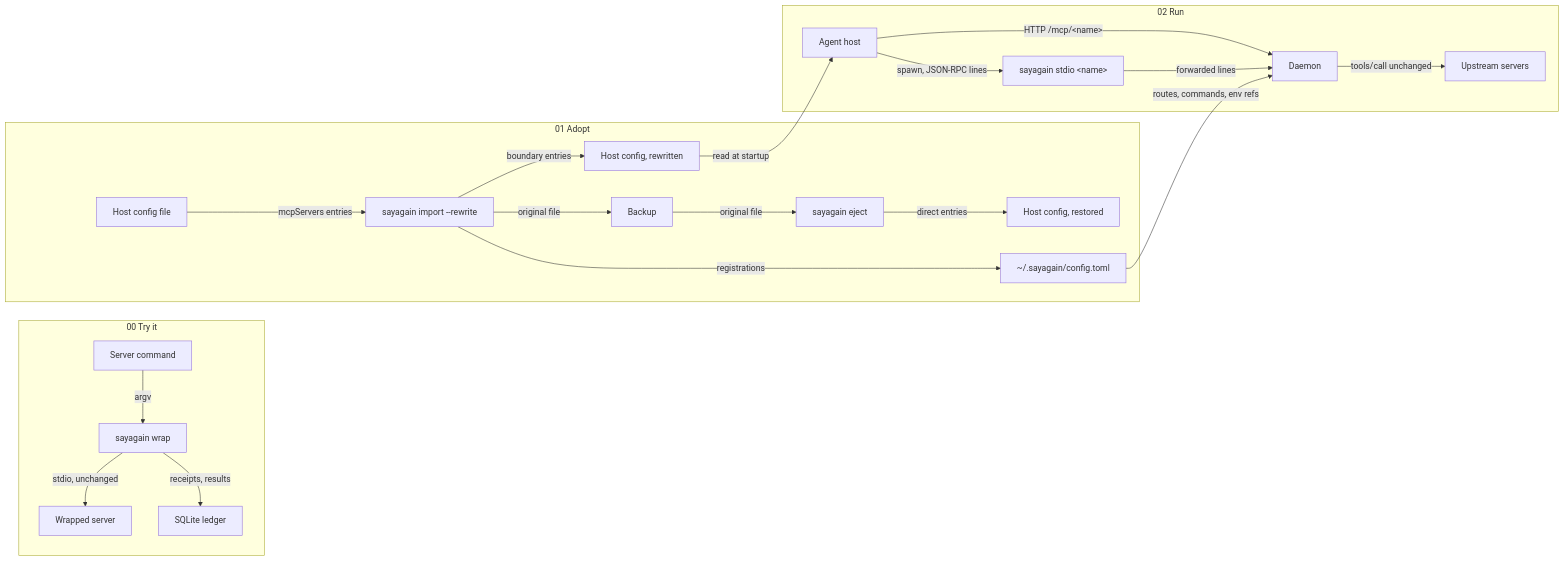
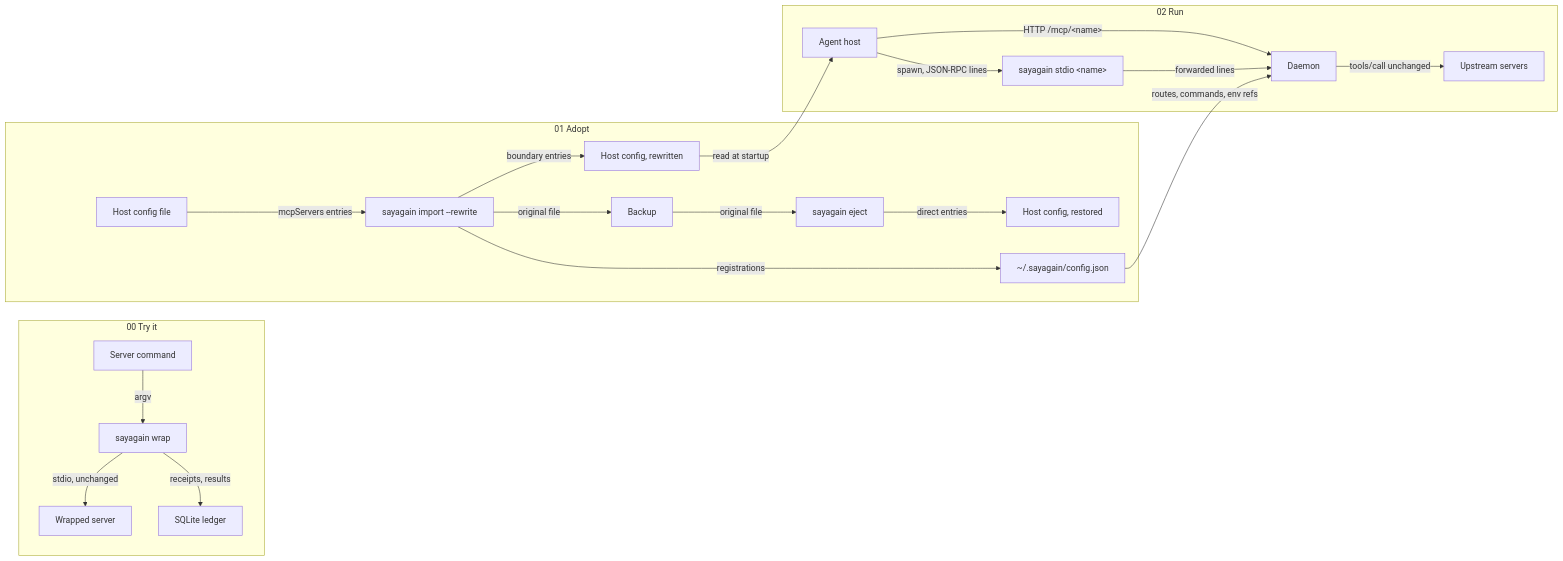
The second of 4 diagrams in docs/diagrams/README.md (happyren/sayagain), drawn with Mermaid before and after one commit. The commit also changed 21 other files, not shown here.

````diff
--- a/docs/diagrams/README.md
+++ b/docs/diagrams/README.md
@@ -105,40 +105,40 @@
 ```mermaid
 flowchart LR
   %% genre (declared): Data flow
   subgraph try["00 Try it"]
     wrapped["Wrapped server"]
     cmd["Server command"]
     sqlite["SQLite ledger"]
     wrap["sayagain wrap"]
   end
   subgraph adopt["01 Adopt"]
     backup["Backup"]
     restored["Host config, restored"]
-    registry["~/.sayagain/config.toml"]
+    registry["~/.sayagain/config.json"]
     hostcfg["Host config file"]
     rewritten["Host config, rewritten"]
     eject["sayagain eject"]
     import["sayagain import --rewrite"]
   end
   subgraph run["02 Run"]
     host["Agent host"]
     upstreams["Upstream servers"]
     shim["sayagain stdio &lt;name&gt;"]
     daemon["Daemon"]
   end
   cmd -->|"argv"| wrap
   wrap -->|"stdio, unchanged"| wrapped
   wrap -->|"receipts, results"| sqlite
   hostcfg -->|"mcpServers entries"| import
   import -->|"original file"| backup
   import -->|"registrations"| registry
   import -->|"boundary entries"| rewritten
   backup -->|"original file"| eject
   eject -->|"direct entries"| restored
   rewritten -->|"read at startup"| host
   host -->|"spawn, JSON-RPC lines"| shim
   host -->|"HTTP /mcp/&lt;name&gt;"| daemon
   shim -->|"forwarded lines"| daemon
   registry -->|"routes, commands, env refs"| daemon
   daemon -->|"tools/call unchanged"| upstreams
 ```
````
